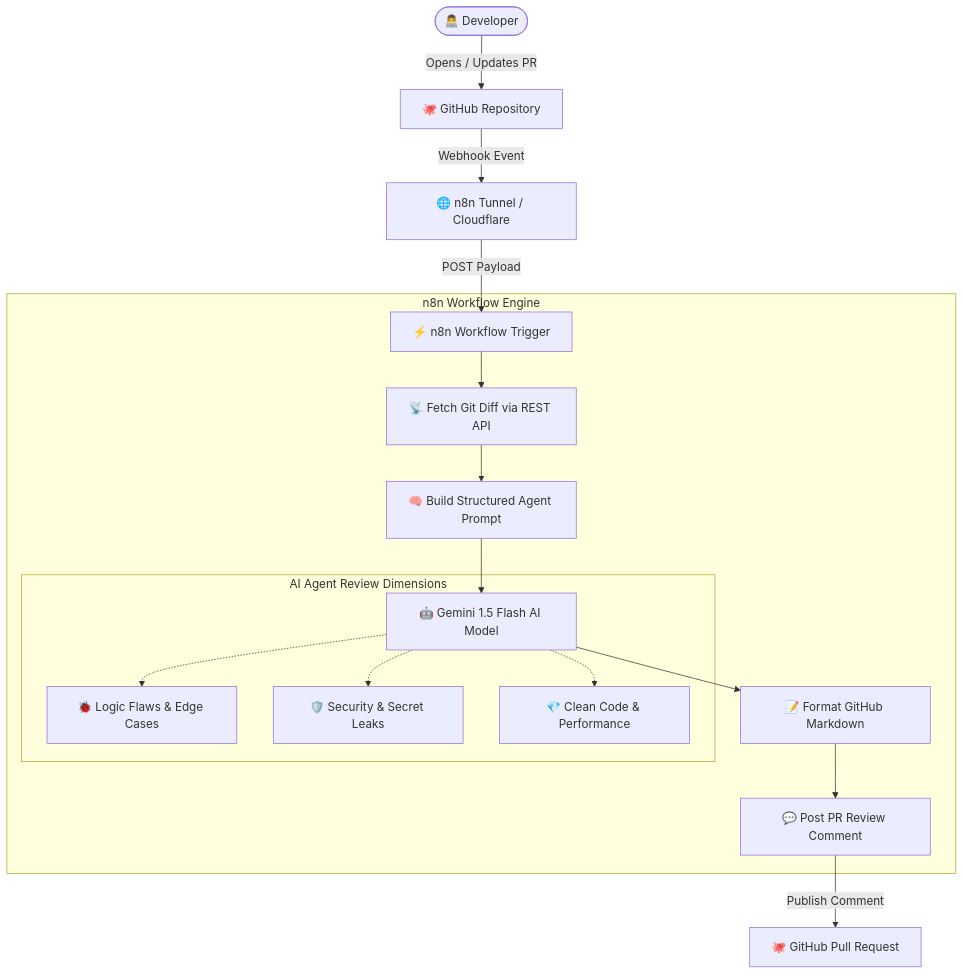
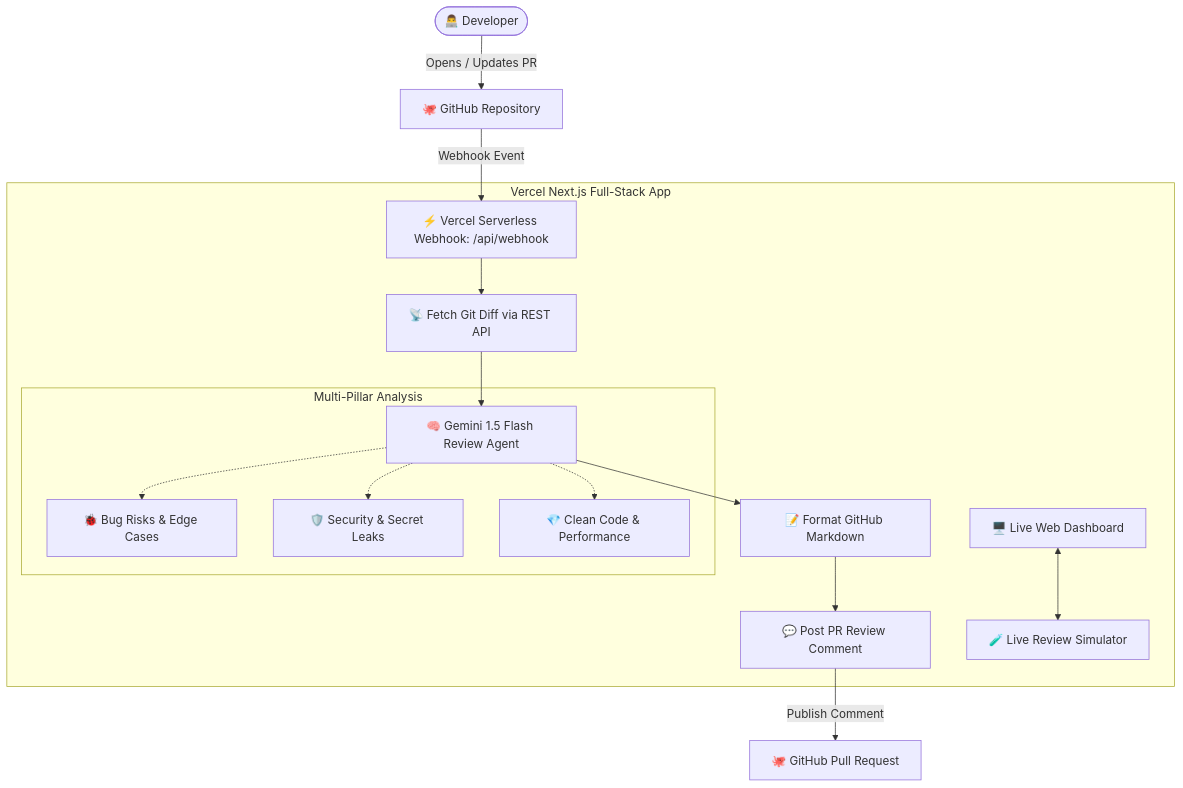
One commit to gowthamgsakthivel/ai-github-codereview-agent changed the diagram in README.md. Above: the diagram before and after it, drawn with Mermaid. The commit also changed other lines of this file and 20 other files, not shown here.

Commit message:
feat: complete Next.js full-stack AI Code Review Agent for Vercel

````diff
--- a/README.md
+++ b/README.md
@@ -11,23 +11,23 @@
 ```mermaid
 flowchart TD
     Dev([👨‍💻 Developer]) -->|Opens / Updates PR| GH[🐙 GitHub Repository]
-    GH -->|Webhook Event| Tunnel[🌐 n8n Tunnel / Cloudflare]
-    Tunnel -->|POST Payload| n8n[⚡ n8n Workflow Trigger]
+    GH -->|Webhook Event| Vercel[⚡ Vercel Serverless Webhook: /api/webhook]
     
-    subgraph n8n Workflow Engine
-        n8n --> FetchDiff[📡 Fetch Git Diff via REST API]
-        FetchDiff --> PrepPrompt[🧠 Build Structured Agent Prompt]
-        PrepPrompt --> AI[🤖 Gemini 1.5 Flash AI Model]
+    subgraph Vercel Next.js Full-Stack App
+        Vercel --> FetchDiff[📡 Fetch Git Diff via REST API]
+        FetchDiff --> AI_Agent[🧠 Gemini 1.5 Flash Review Agent]
         
-        subgraph AI Agent Review Dimensions
-            AI -.-> Bugs[🐞 Logic Flaws & Edge Cases]
-            AI -.-> Sec[🛡️ Security & Secret Leaks]
-            AI -.-> Qual[💎 Clean Code & Performance]
+        subgraph Multi-Pillar Analysis
+            AI_Agent -.-> Bugs[🐞 Bug Risks & Edge Cases]
+            AI_Agent -.-> Sec[🛡️ Security & Secret Leaks]
+            AI_Agent -.-> Qual[💎 Clean Code & Performance]
         end
         
-        AI --> FormatComment[📝 Format GitHub Markdown]
+        AI_Agent --> FormatComment[📝 Format GitHub Markdown]
         FormatComment --> PostComment[💬 Post PR Review Comment]
+        
+        Dashboard[🖥️ Live Web Dashboard] <--> Simulator[🧪 Live Review Simulator]
     end
     
     PostComment -->|Publish Comment| GH_PR[🐙 GitHub Pull Request]
 ```
````
